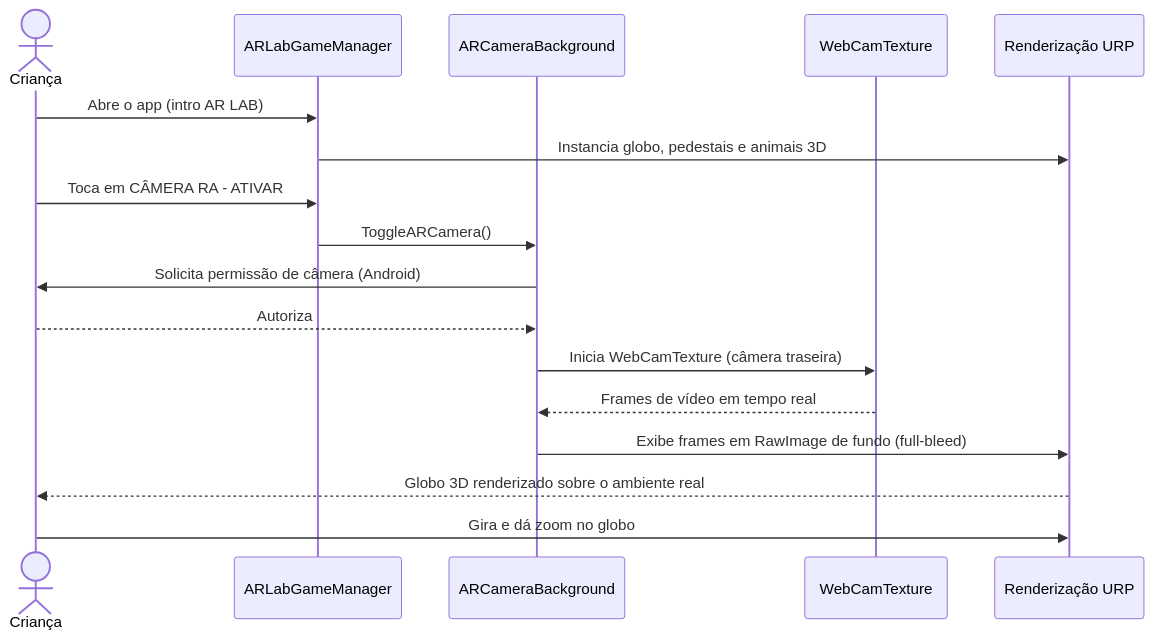
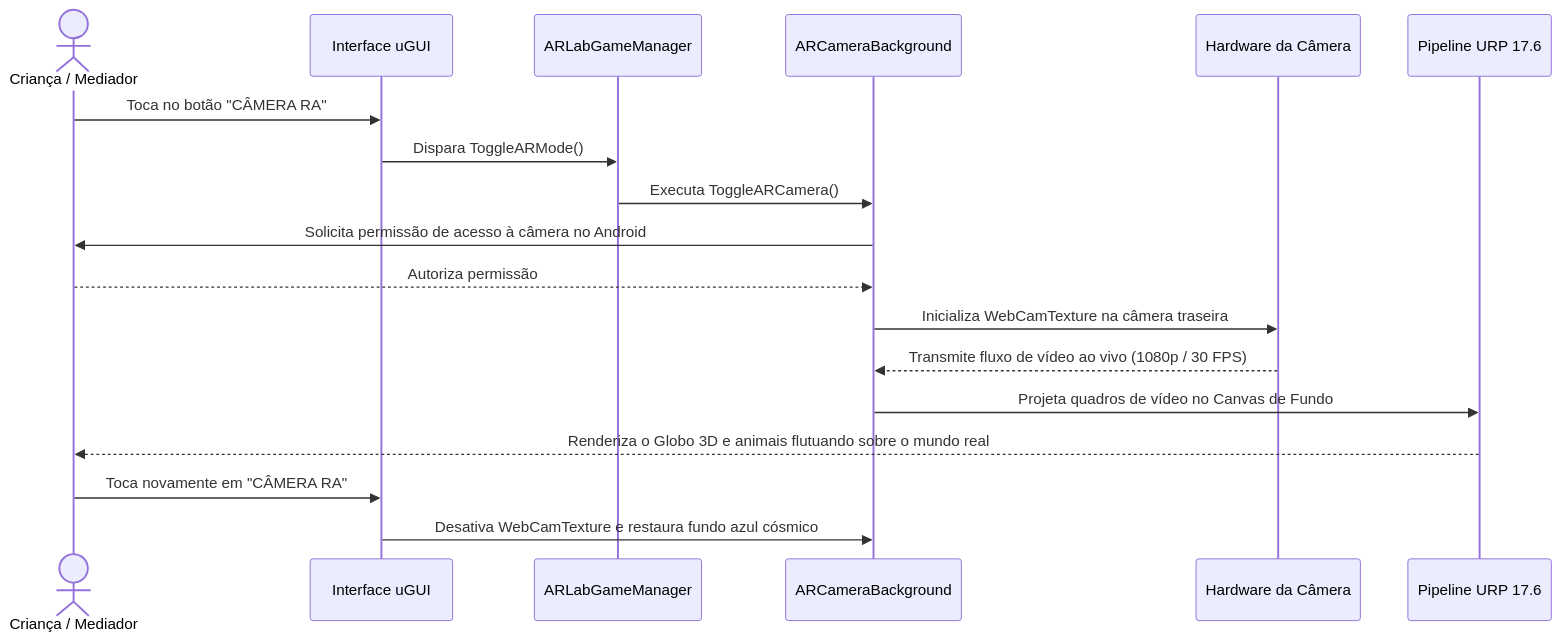
Before and after one commit to DJmesh/Ar-Lab-Unity: the second of 4 diagrams in README.md, drawn with Mermaid. The commit also changed other lines of this file, not shown here.

````diff
--- a/README.md
+++ b/README.md
@@ -238,19 +238,21 @@
 ```mermaid
 sequenceDiagram
-    actor C as Criança
-    participant G as ARLabGameManager
-    participant B as ARCameraBackground
-    participant W as WebCamTexture
-    participant R as Renderização URP
-    C->>G: Abre o app (intro AR LAB)
-    G->>R: Instancia globo, pedestais e animais 3D
-    C->>G: Toca em CÂMERA RA - ATIVAR
-    G->>B: ToggleARCamera()
-    B->>C: Solicita permissão de câmera (Android)
-    C-->>B: Autoriza
-    B->>W: Inicia WebCamTexture (câmera traseira)
-    W-->>B: Frames de vídeo em tempo real
-    B->>R: Exibe frames em RawImage de fundo (full-bleed)
-    R-->>C: Globo 3D renderizado sobre o ambiente real
-    C->>R: Gira e dá zoom no globo
+    actor C as Criança / Mediador
+    participant HUD as Interface uGUI
+    participant GM as ARLabGameManager
+    participant AR as ARCameraBackground
+    participant CAM as Hardware da Câmera
+    participant URP as Pipeline URP 17.6
+
+    C->>HUD: Toca no botão "CÂMERA RA"
+    HUD->>GM: Dispara ToggleARMode()
+    GM->>AR: Executa ToggleARCamera()
+    AR->>C: Solicita permissão de acesso à câmera no Android
+    C-->>AR: Autoriza permissão
+    AR->>CAM: Inicializa WebCamTexture na câmera traseira
+    CAM-->>AR: Transmite fluxo de vídeo ao vivo (1080p / 30 FPS)
+    AR->>URP: Projeta quadros de vídeo no Canvas de Fundo
+    URP-->>C: Renderiza o Globo 3D e animais flutuando sobre o mundo real
+    C->>HUD: Toca novamente em "CÂMERA RA"
+    HUD->>AR: Desativa WebCamTexture e restaura fundo azul cósmico
 ```
````
